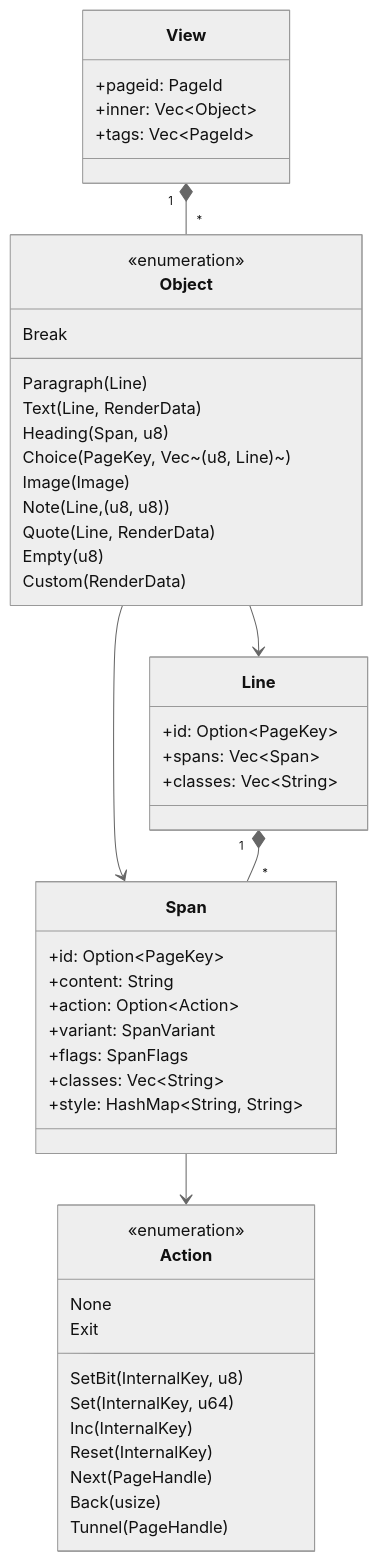
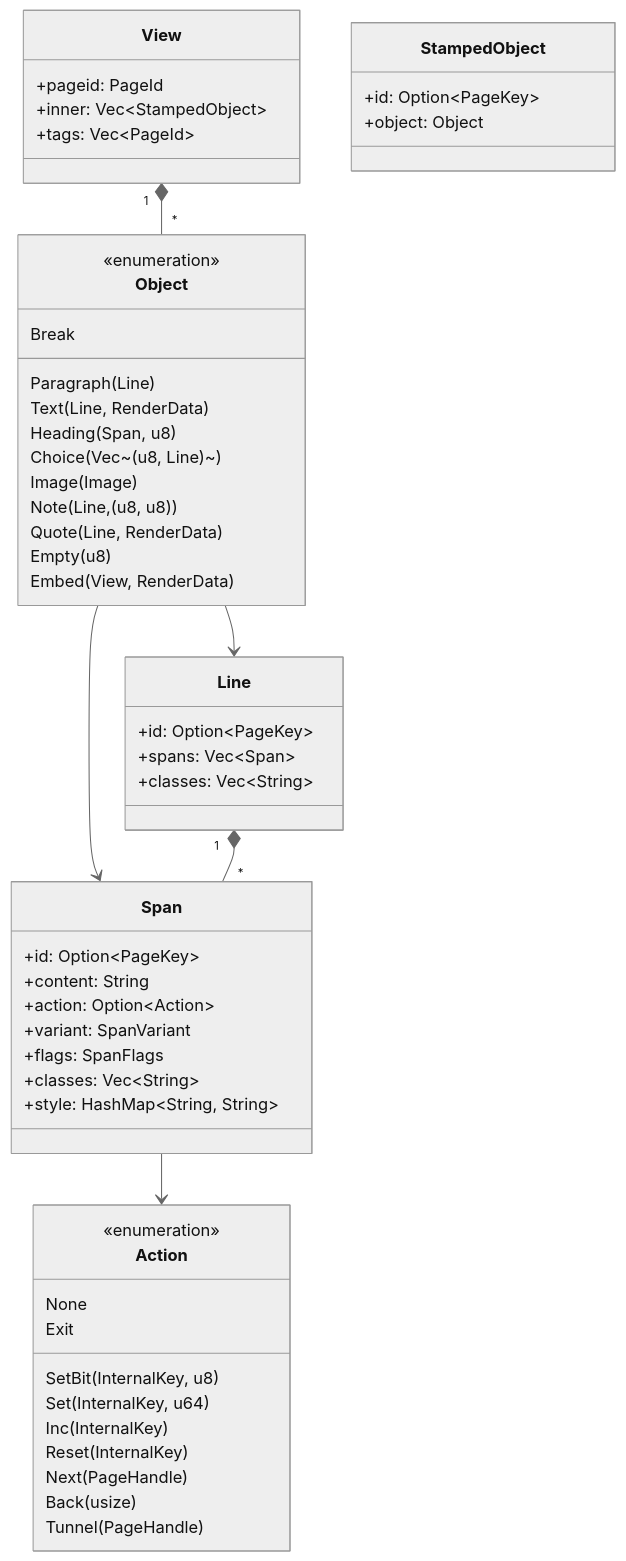
One commit to Squirreljetpack/ifengine changed the third of 4 diagrams in ARCHITECTURE.md. Above: the diagram before and after it, drawn with Mermaid (neutral theme). The commit also changed 20 other files, not shown here.

````diff
--- a/ARCHITECTURE.md
+++ b/ARCHITECTURE.md
@@ -97,53 +97,57 @@
 ```mermaid
 classDiagram
     class View {
         +pageid: PageId
-        +inner: Vec~Object~
+        +inner: Vec~StampedObject~
         +tags: Vec~PageId~
+    }
+    class StampedObject {
+        +id: Option~PageKey~
+        +object: Object
     }
     class Object {
         <<enumeration>>
         Paragraph(Line)
         Text(Line, RenderData)
         Heading(Span, u8)
-        Choice(PageKey, Vec~(u8, Line)~)
+        Choice(Vec~(u8, Line)~)
         Image(Image)
         Note(Line, (u8, u8))
         Quote(Line, RenderData)
         Break
         Empty(u8)
-        Custom(RenderData)
+        Embed(View, RenderData)
     }
     class Line {
         +id: Option~PageKey~
         +spans: Vec~Span~
         +classes: Vec~String~
     }
     class Span {
         +id: Option~PageKey~
         +content: String
         +action: Option~Action~
         +variant: SpanVariant
         +flags: SpanFlags
         +classes: Vec~String~
         +style: HashMap~String, String~
     }
     class Action {
         <<enumeration>>
         None
         SetBit(InternalKey, u8)
         Set(InternalKey, u64)
         Inc(InternalKey)
         Reset(InternalKey)
         Next(PageHandle)
         Back(usize)
         Tunnel(PageHandle)
         Exit
     }
 
     View "1" *-- "*" Object
     Object --> Line
     Object --> Span
     Line "1" *-- "*" Span
     Span --> Action
 ```
````
